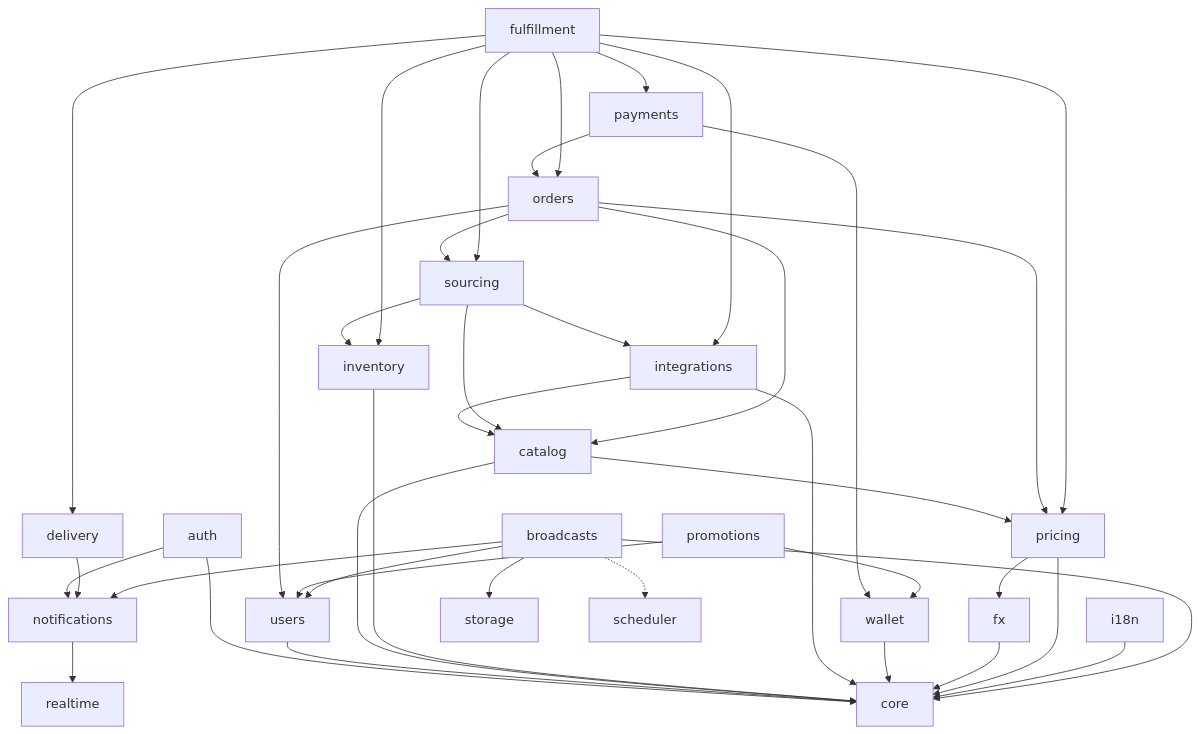
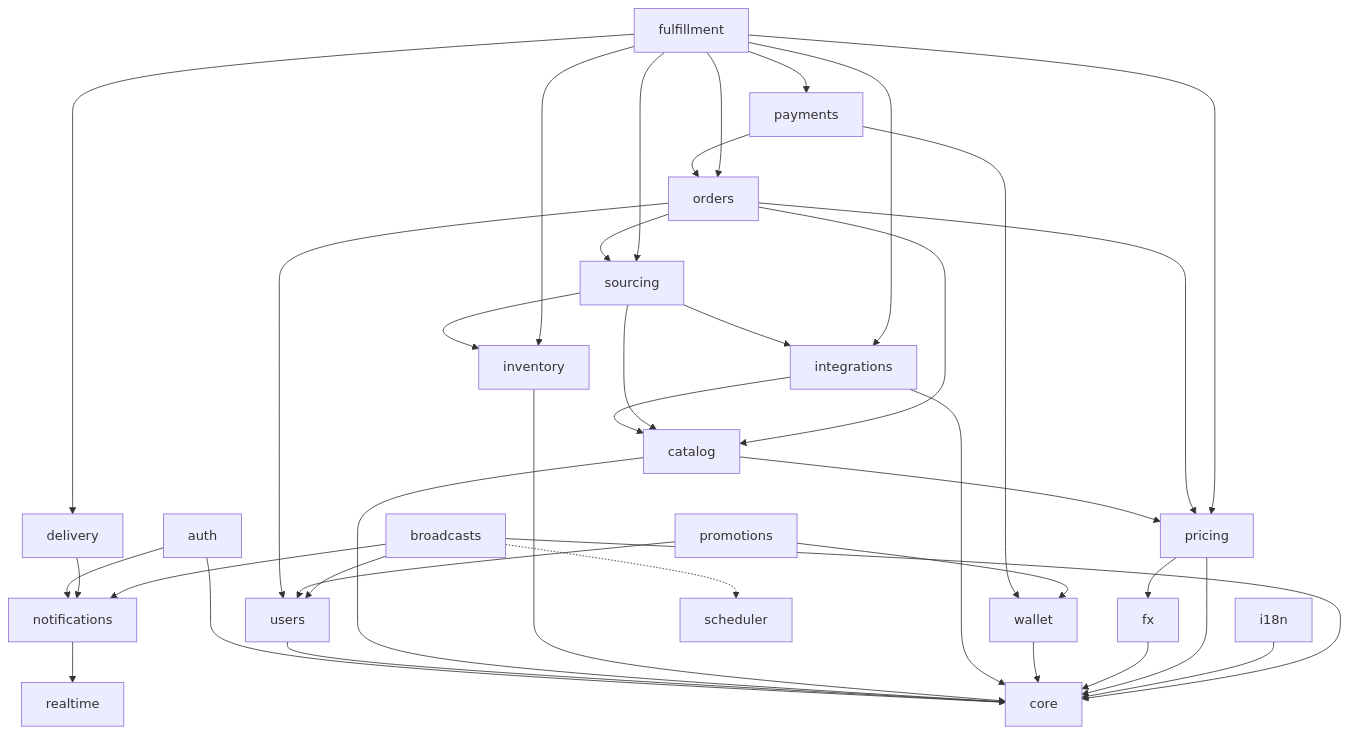
The diagram in docs/architecture/module-map.md (jamaomonov/yupay), drawn with Mermaid before and after one commit. The commit also changed other lines of this file and 2 other files, not shown here.

Commit message:
docs(broadcasts): fix test-send 422, poll-only-while-sending diagram, storage edge

````diff
--- a/docs/architecture/module-map.md
+++ b/docs/architecture/module-map.md
@@ -33,41 +33,40 @@
 ```mermaid
 flowchart TB
     auth --> core
     auth --> notifications
     users --> core
     catalog --> core
     inventory --> core
     integrations --> core
     integrations --> catalog
     sourcing --> catalog
     sourcing --> inventory
     sourcing --> integrations
     orders --> catalog
     orders --> users
     orders --> sourcing
     payments --> orders
     payments --> wallet
     wallet --> core
     promotions --> wallet
     promotions --> users
     fulfillment --> orders
     fulfillment --> payments
     fulfillment --> sourcing
     fulfillment --> inventory
     fulfillment --> integrations
     fulfillment --> delivery
     delivery --> notifications
     notifications --> realtime
     fx --> core
     pricing --> core
     pricing --> fx
     catalog --> pricing
     orders --> pricing
     fulfillment --> pricing
     i18n --> core
     broadcasts --> core
     broadcasts --> users
-    broadcasts --> storage
     broadcasts --> notifications
     broadcasts -.-> scheduler
 ```
````
